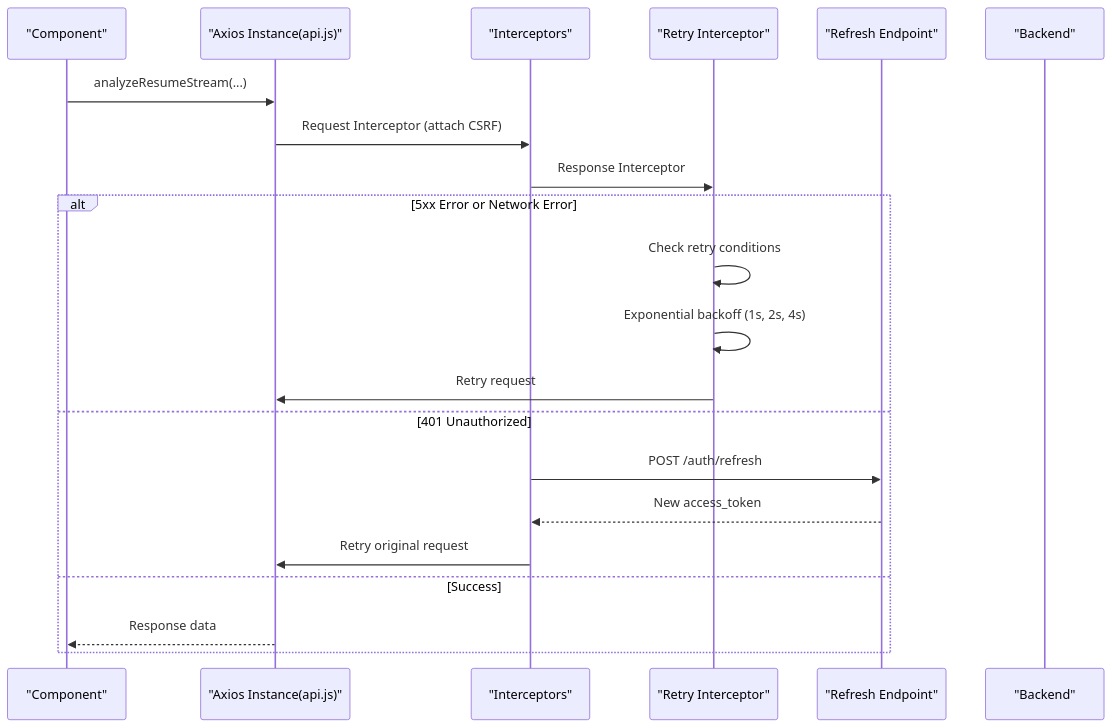
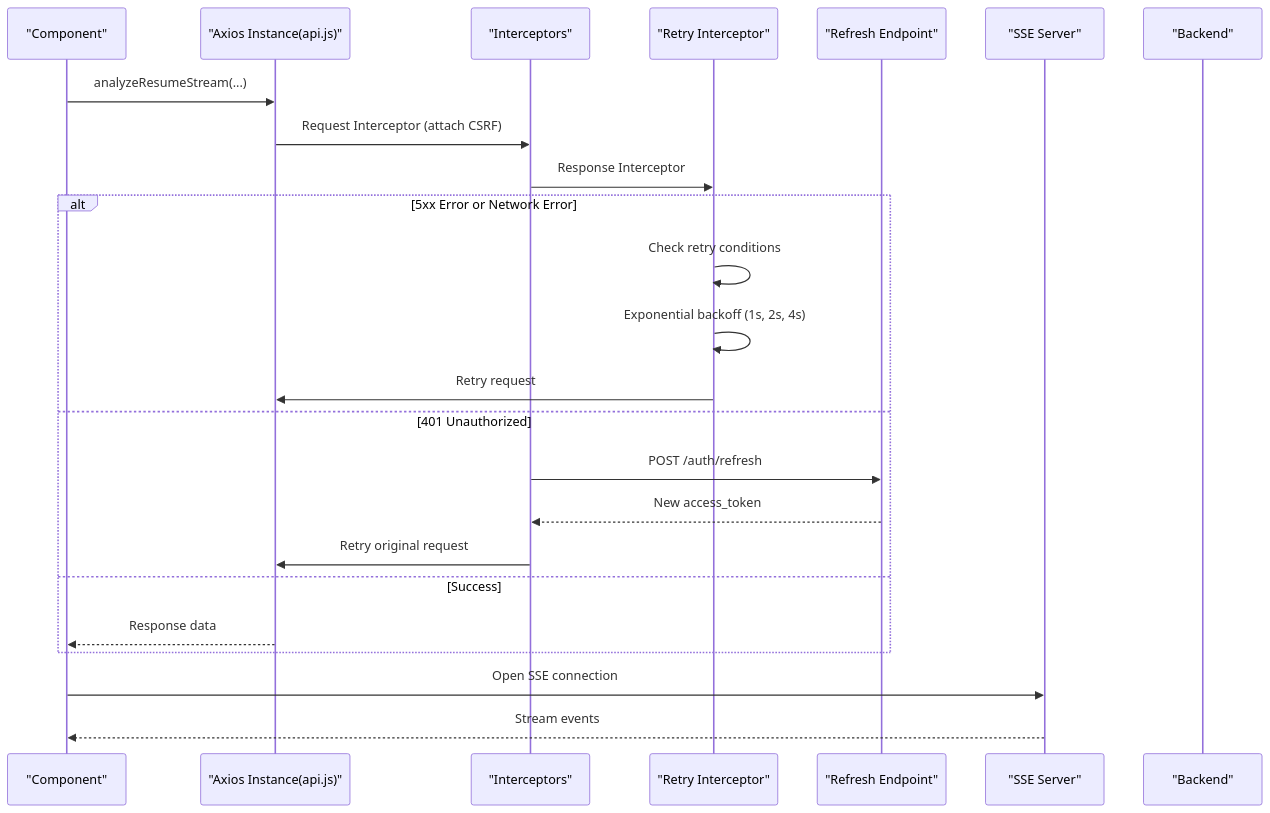
Before and after one commit to Revanththetalogics/aireume: diagram 12 of 24 in .qoder/repowiki/en/content/Frontend Architecture/Frontend Architecture.md, drawn with Mermaid. The commit also changed other lines of this file and 61 other files, not shown here.

````diff
--- a/.qoder/repowiki/en/content/Frontend Architecture/Frontend Architecture.md
+++ b/.qoder/repowiki/en/content/Frontend Architecture/Frontend Architecture.md
@@ -552,23 +604,26 @@
 ```mermaid
 sequenceDiagram
 participant C as "Component"
 participant AX as "Axios Instance(api.js)"
 participant INT as "Interceptors"
 participant RET as "Retry Interceptor"
 participant REF as "Refresh Endpoint"
+participant SSE as "SSE Server"
 participant BE as "Backend"
 C->>AX : analyzeResumeStream(...)
 AX->>INT : Request Interceptor (attach CSRF)
 INT->>RET : Response Interceptor
 alt 5xx Error or Network Error
 RET->>RET : Check retry conditions
 RET->>RET : Exponential backoff (1s, 2s, 4s)
 RET->>AX : Retry request
 else 401 Unauthorized
 INT->>REF : POST /auth/refresh
 REF-->>INT : New access_token
 INT->>AX : Retry original request
 else Success
 AX-->>C : Response data
 end
+C->>SSE : Open SSE connection
+SSE-->>C : Stream events
 ```
````
